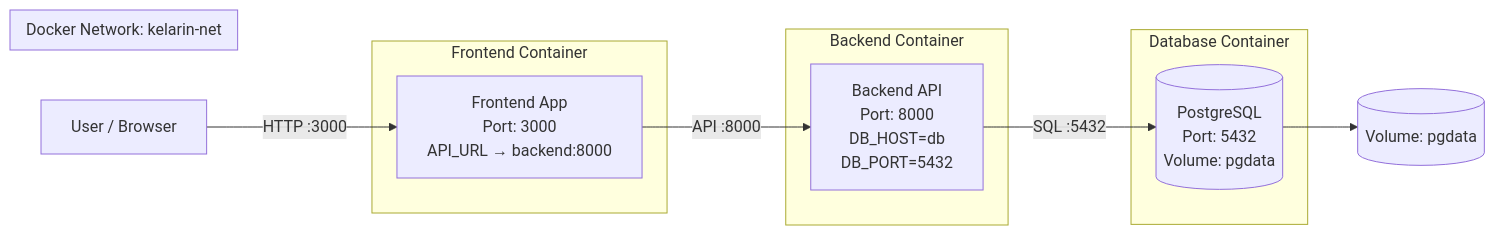
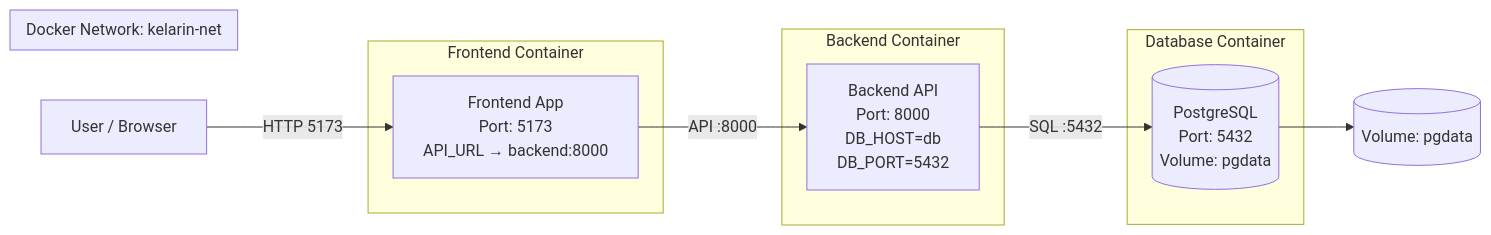
One commit to aidilsaputrakirsan-classroom/cc-kelompok-a-ethereal changed the diagram in docs/docker-architecture.md. Above: the diagram before and after it, drawn with Mermaid. The commit also changed other lines of this file and 1 other file, not shown here.

Commit message:
docs: enhance docker architecture documentation with ports, network, volumes, and environment variables

````diff
--- a/docs/docker-architecture.md
+++ b/docs/docker-architecture.md
@@ -21,36 +21,36 @@
 ```mermaid
 flowchart LR
     %% USER
     U[User / Browser]
 
     %% FRONTEND
     subgraph FE_CONTAINER["Frontend Container"]
-        FE["Frontend App<br/>Port: 3000<br/>API_URL → backend:8000"]
+        FE["Frontend App<br/>Port: 5173<br/>API_URL → backend:8000"]
     end
 
     %% BACKEND
     subgraph BE_CONTAINER["Backend Container"]
         BE["Backend API<br/>Port: 8000<br/>DB_HOST=db<br/>DB_PORT=5432"]
     end
 
     %% DATABASE
     subgraph DB_CONTAINER["Database Container"]
         DB[("PostgreSQL<br/>Port: 5432<br/>Volume: pgdata")]
     end
 
     %% CONNECTION FLOW
-    U -->|HTTP :3000| FE
+    U -->|HTTP 5173| FE
     FE -->|API :8000| BE
     BE -->|SQL :5432| DB
 
     %% NETWORK
     subgraph NET["Docker Network: kelarin-net"]
         FE
         BE
         DB
     end
 
     %% VOLUME
     V[(Volume: pgdata)]
     DB --> V
 ```
````
